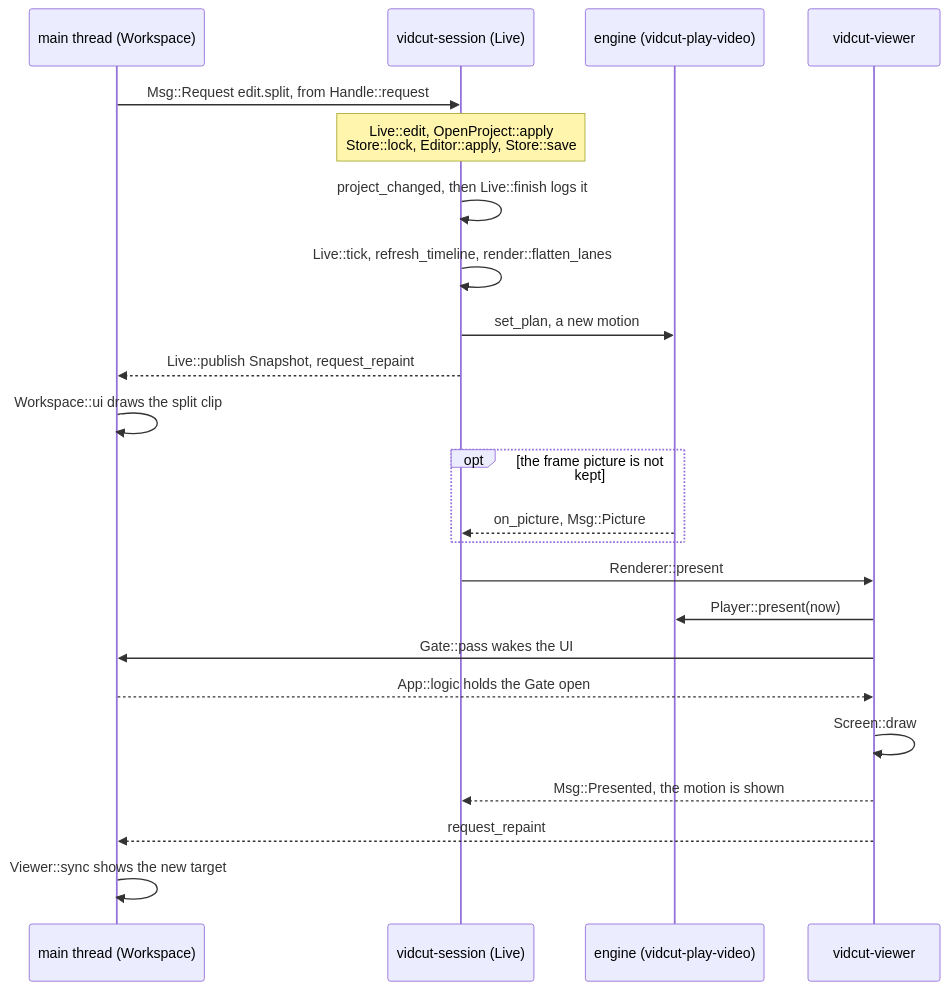
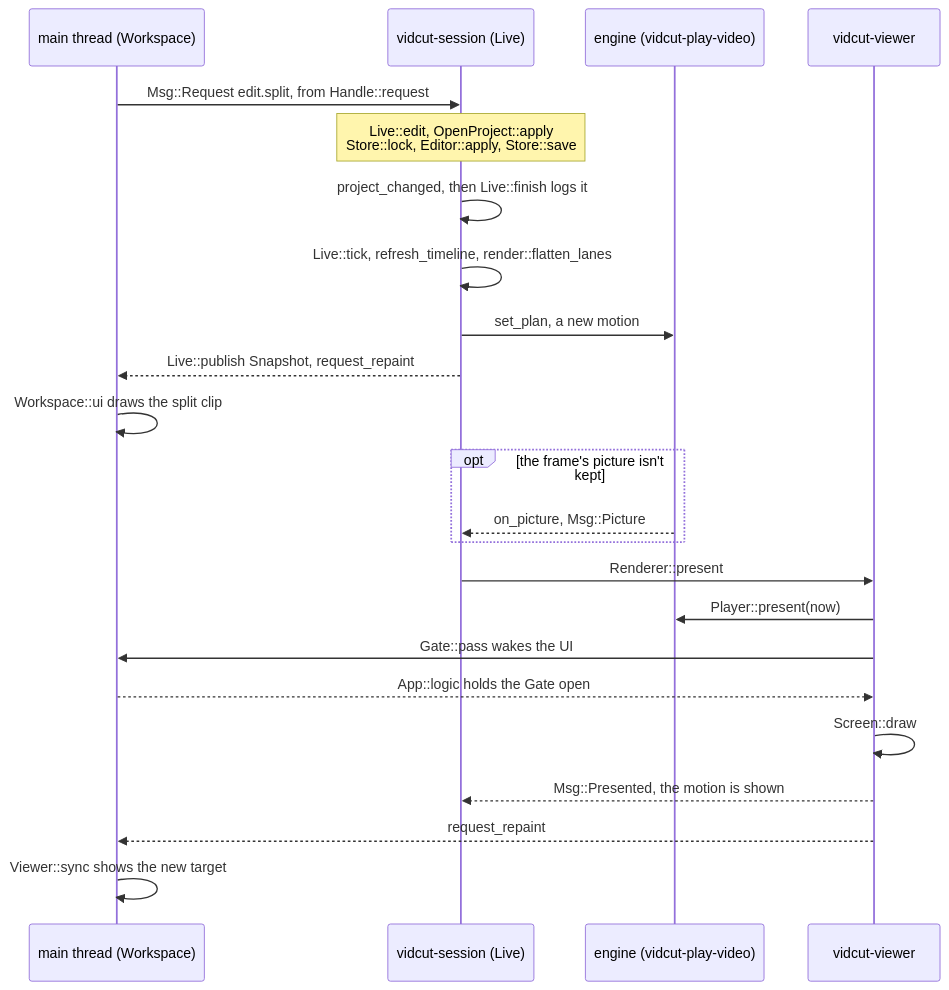
The third of 3 diagrams in docs/design/live.md (oittaa/vidcut), drawn with Mermaid before and after one commit. The commit also changed other lines of this file and 10 other files, not shown here.

````diff
--- a/docs/design/live.md
+++ b/docs/design/live.md
@@ -316,25 +150,25 @@
 ```mermaid
 sequenceDiagram
   participant UI as main thread (Workspace)
   participant S as vidcut-session (Live)
   participant E as engine (vidcut-play-video)
   participant V as vidcut-viewer
   UI->>S: Msg::Request edit.split, from Handle::request
   Note over S: Live::edit, OpenProject::apply<br>Store::lock, Editor::apply, Store::save
   S->>S: project_changed, then Live::finish logs it
   S->>S: Live::tick, refresh_timeline, render::flatten_lanes
   S->>E: set_plan, a new motion
   S-->>UI: Live::publish Snapshot, request_repaint
   UI->>UI: Workspace::ui draws the split clip
-  opt the frame picture is not kept
+  opt the frame's picture isn't kept
     E-->>S: on_picture, Msg::Picture
   end
   S->>V: Renderer::present
   V->>E: Player::present(now)
   V->>UI: Gate::pass wakes the UI
   UI-->>V: App::logic holds the Gate open
   V->>V: Screen::draw
   V-->>S: Msg::Presented, the motion is shown
   V-->>UI: request_repaint
   UI->>UI: Viewer::sync shows the new target
 ```
````
